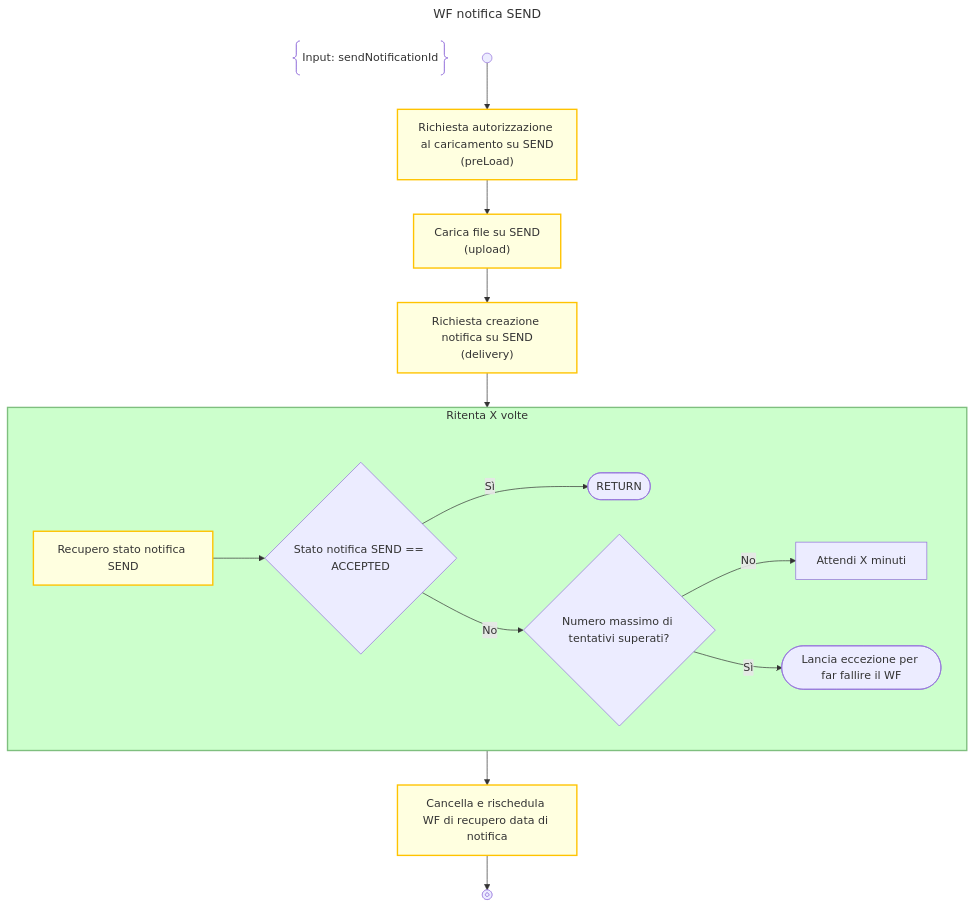
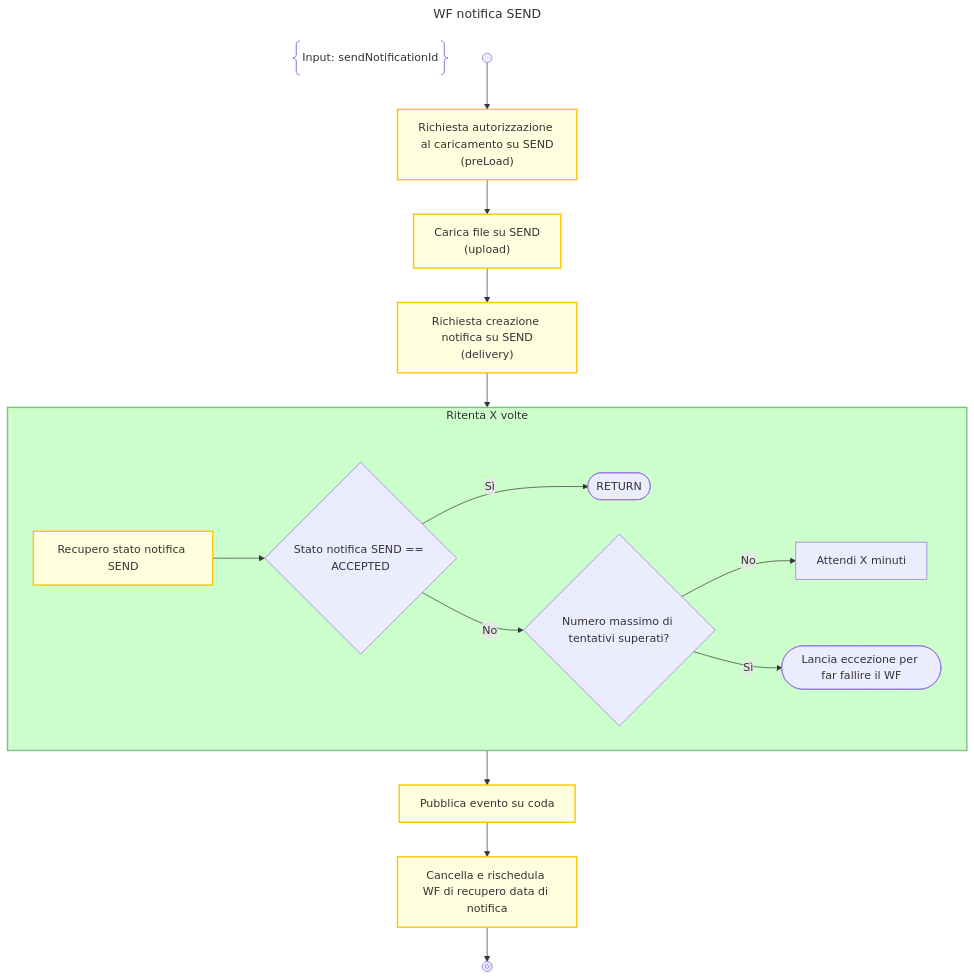
One commit to pagopa/p4pa-doc changed the diagram in design/workflow/notificaSend/wf_SendNotification.mmd. Above: the diagram before and after it, drawn with Mermaid. The commit also changed 3 other files, not shown here.

```diff
--- a/design/workflow/notificaSend/wf_SendNotification.mmd
+++ b/design/workflow/notificaSend/wf_SendNotification.mmd
@@ -1,30 +1,31 @@
 ---
 title: WF notifica SEND
 ---
 flowchart TD
     DESCRIPTION@{ shape: braces, label: "Input: sendNotificationId" }
     START@{shape: start} -->
     PRELOAD_SEND:::activity@{label: "Richiesta autorizzazione al caricamento su SEND<BR/>(preLoad)"} -->
     UPLOAD_SEND:::activity@{label: "Carica file su SEND<BR/>(upload)"} -->
     DELIVERY_SEND:::activity@{label: "Richiesta creazione notifica su SEND<BR/>(delivery)"} -->
     WAIT_SEND_ACCEPTANCE_LOOP -->
+    PUBLISH_EVENT:::activity@{label: "Pubblica evento su coda"} -->
     SCHEDULE_NOTIFICATION_DATE_RETRIEVE:::activity@{label: "Cancella e rischedula WF di recupero data di notifica"} -->
     END@{shape: stop}
 
     subgraph WAIT_SEND_ACCEPTANCE_LOOP["Ritenta X volte"]
         RETRIEVE_SEND_STATUS:::activity@{label: "Recupero stato notifica SEND"} -->
         IS_ACCEPTED{"Stato notifica SEND == ACCEPTED"} -->
         |Sì|RETURN@{shape: terminal}
 
         IS_ACCEPTED -->
         |No|IS_TOO_MANY_RETRY{"Numero massimo di tentativi superati?"} -->
         |No|WAIT["Attendi X minuti"]
 
         IS_TOO_MANY_RETRY -->
         |Sì|THROW_TOO_MANY_ATTEMPTS_ERROR@{shape: terminal, label: "Lancia eccezione per far fallire il WF"}
     end
     class WAIT_SEND_ACCEPTANCE_LOOP loop
 
     classDef disable display:none;
     classDef activity fill:#FFFFE0, stroke:#ffc300, stroke-width:2px;
     classDef loop fill:#CCFFCC, stroke:#7FBF7F, stroke-width:2px, padding-bottom: 5px;
```
